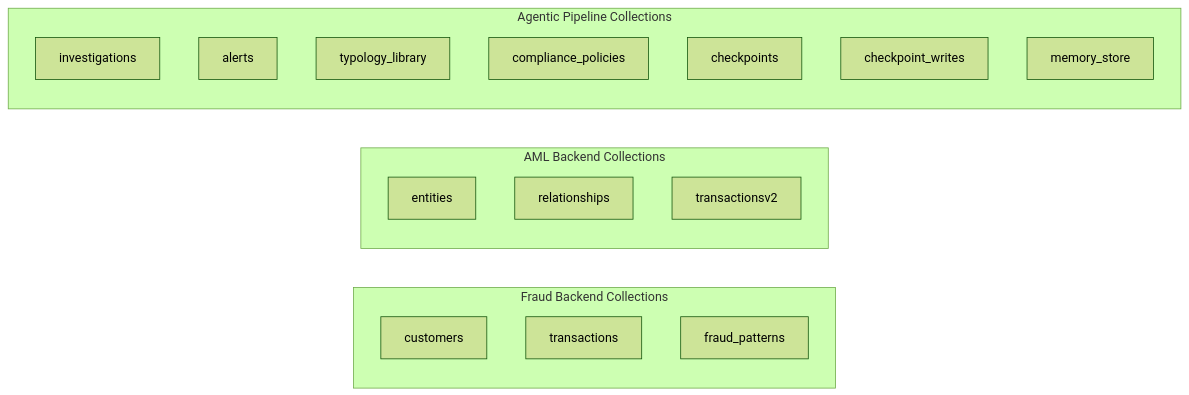
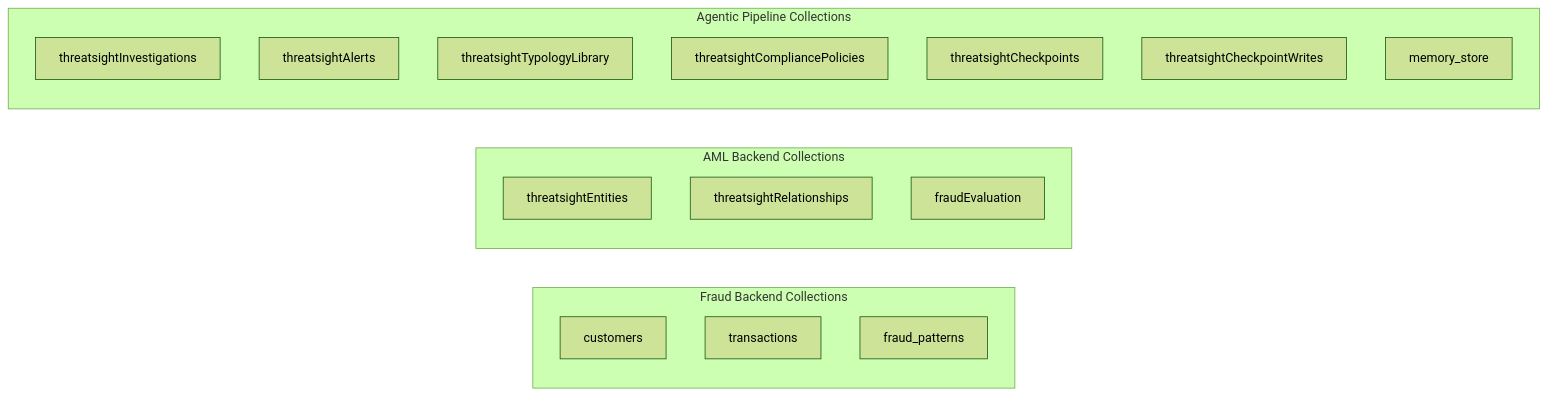
One commit to mongodb-industry-solutions/fsi-aml-fraud-detection changed the first of 2 diagrams in docs/DATA_MODEL.md. Above: the diagram before and after it, drawn with Mermaid (forest theme). The commit also changed other lines of this file and 1 other file, not shown here.

````diff
--- a/docs/DATA_MODEL.md
+++ b/docs/DATA_MODEL.md
@@ -24,24 +24,24 @@
 ```mermaid
 flowchart LR
     subgraph FraudBackend["Fraud Backend Collections"]
         customers
         transactions
         fraud_patterns
     end
 
     subgraph AMLBackend["AML Backend Collections"]
-        entities
-        relationships
-        transactionsv2
+        threatsightEntities
+        threatsightRelationships
+        fraudEvaluation
     end
 
     subgraph AgenticCollections["Agentic Pipeline Collections"]
-        investigations
-        alerts
-        typology_library
-        compliance_policies
-        checkpoints
-        checkpoint_writes
+        threatsightInvestigations
+        threatsightAlerts
+        threatsightTypologyLibrary
+        threatsightCompliancePolicies
+        threatsightCheckpoints
+        threatsightCheckpointWrites
         memory_store
     end
 ```
````
